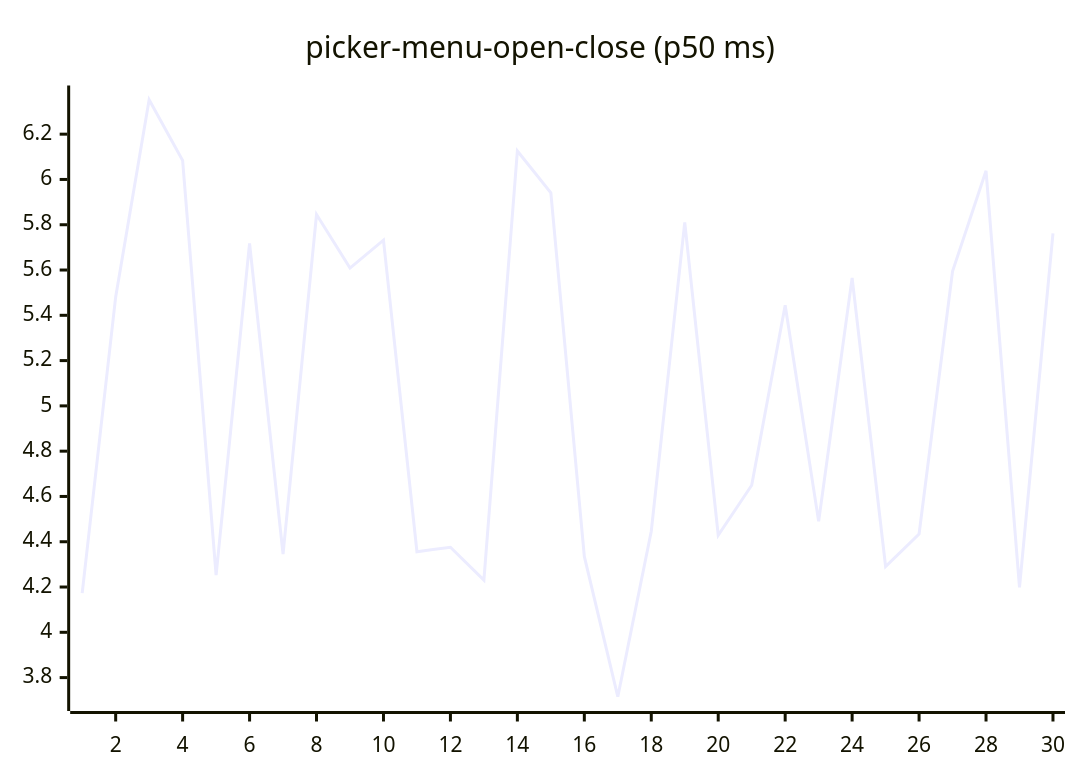
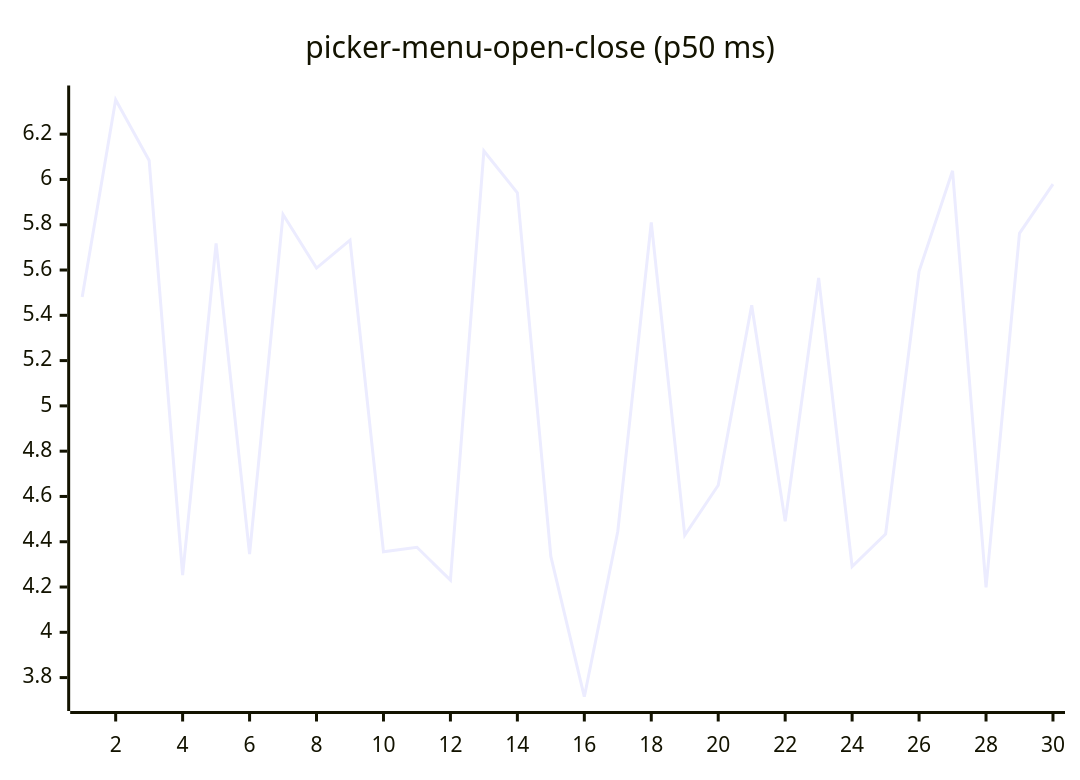
One commit to josha/Facet changed diagram 16 of 27 in README.md. Above: the diagram before and after it, drawn with Mermaid. The commit also changed other lines of this file and 2 other files, not shown here.

````diff
--- a/README.md
+++ b/README.md
@@ -168,6 +168,6 @@
 ```mermaid
 xychart-beta
     title "picker-menu-open-close (p50 ms)"
     x-axis 1 --> 30
-    line [4.1731, 5.4814, 6.3520, 6.0839, 4.2522, 5.7175, 4.3452, 5.8449, 5.6085, 5.7317, 4.3559, 4.3756, 4.2307, 6.1258, 5.9413, 4.3353, 3.7154, 4.4466, 5.8101, 4.4287, 4.6495, 5.4442, 4.4899, 5.5654, 4.2905, 4.4342, 5.5941, 6.0384, 4.1981, 5.7619]
+    line [5.4814, 6.3520, 6.0839, 4.2522, 5.7175, 4.3452, 5.8449, 5.6085, 5.7317, 4.3559, 4.3756, 4.2307, 6.1258, 5.9413, 4.3353, 3.7154, 4.4466, 5.8101, 4.4287, 4.6495, 5.4442, 4.4899, 5.5654, 4.2905, 4.4342, 5.5941, 6.0384, 4.1981, 5.7619, 5.9791]
 ```
````
